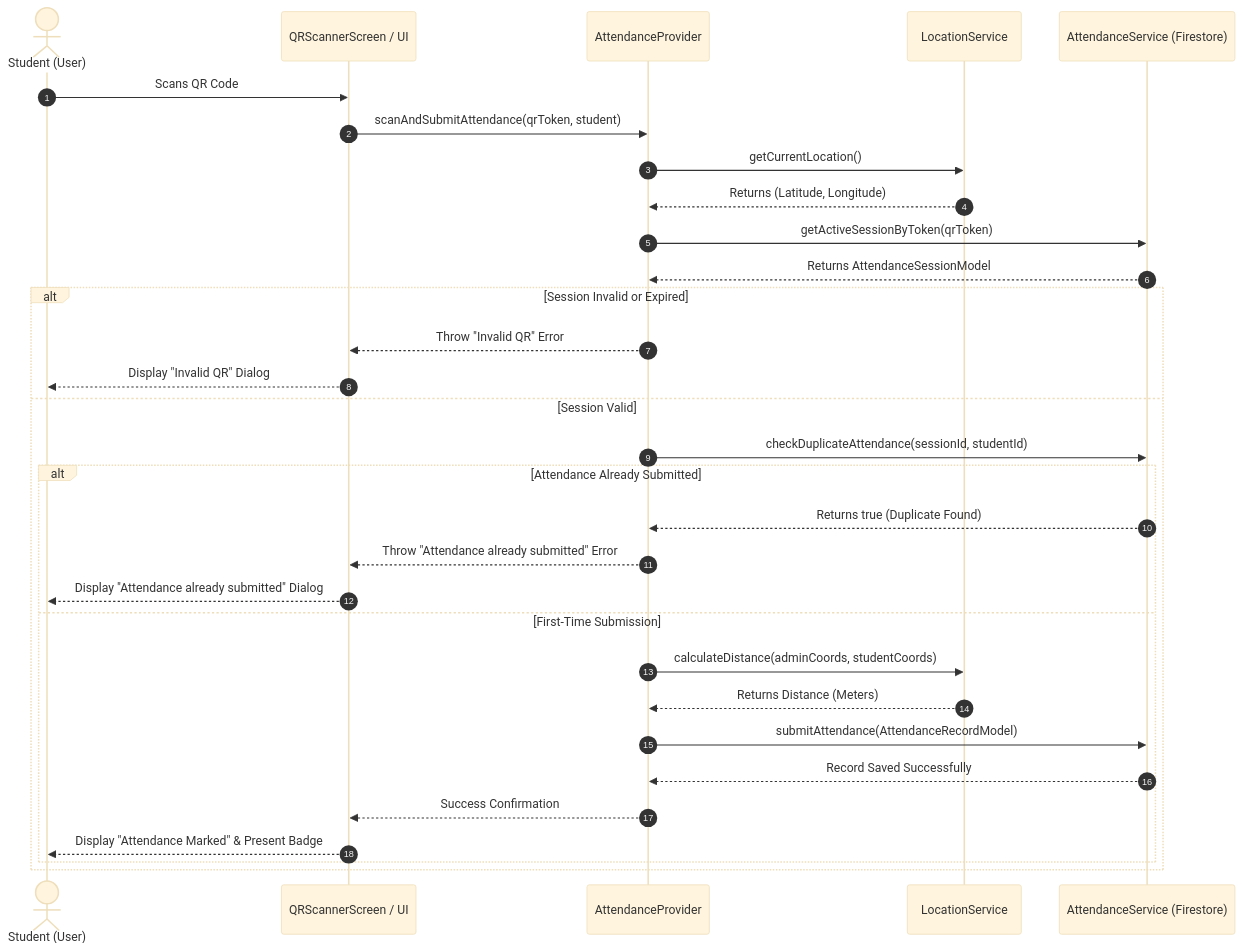
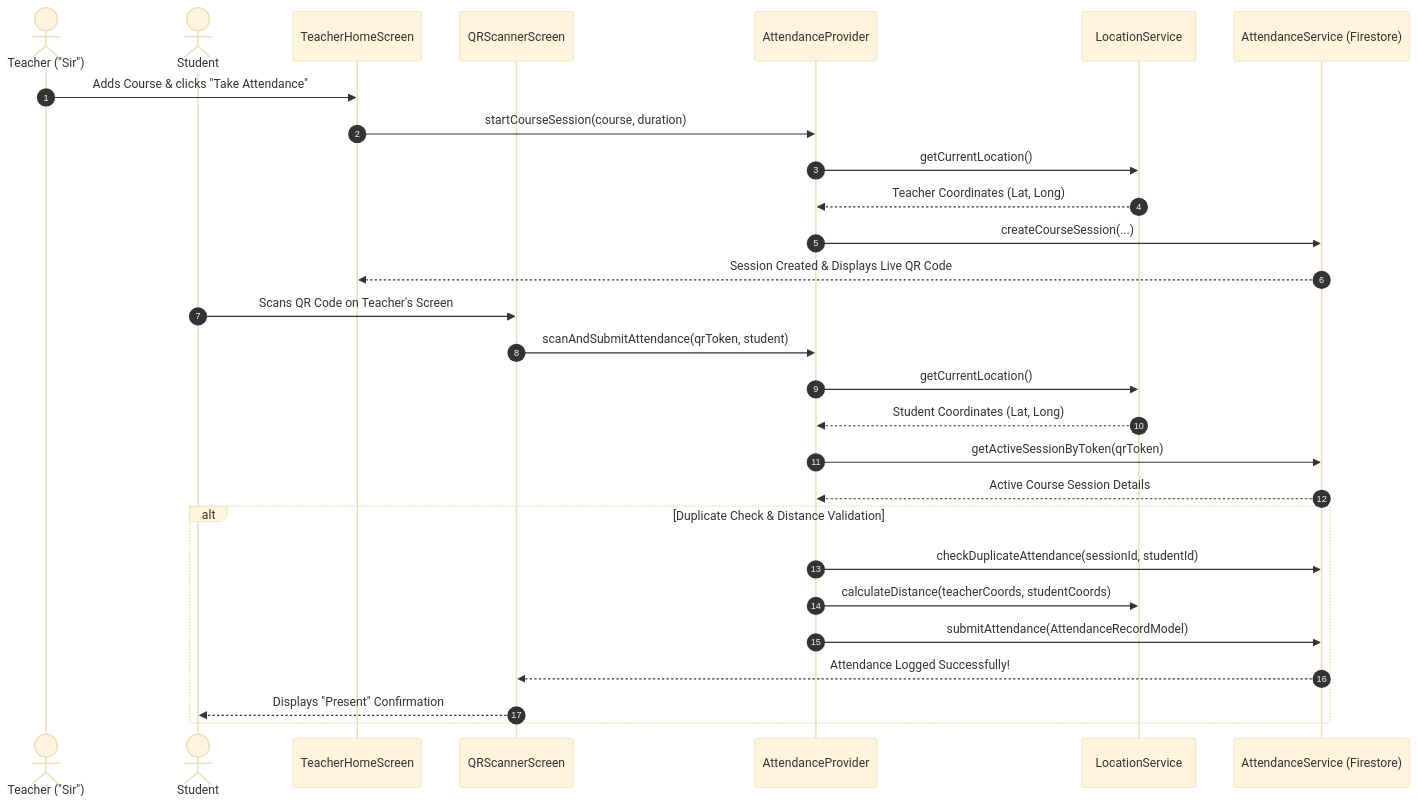
Before and after one commit to ahmadamin5112004-ship-it/attendance-system: the second of 3 diagrams in README.md, drawn with Mermaid (base theme). The commit also changed other lines of this file, not shown here.

Commit message:
Update README.md with Course Management, Teacher QR Generator, updated ER & UML diagrams

````diff
--- a/README.md
+++ b/README.md
@@ -78,35 +85,33 @@
 ```mermaid
 sequenceDiagram
     autonumber
-    actor Student as Student (User)
-    participant App as QRScannerScreen / UI
+    actor Sir as Teacher ("Sir")
+    actor Student as Student
+    participant TeacherUI as TeacherHomeScreen
+    participant StudentUI as QRScannerScreen
     participant Provider as AttendanceProvider
     participant Location as LocationService
     participant Backend as AttendanceService (Firestore)
 
-    Student->>App: Scans QR Code
-    App->>Provider: scanAndSubmitAttendance(qrToken, student)
+    Sir->>TeacherUI: Adds Course & clicks "Take Attendance"
+    TeacherUI->>Provider: startCourseSession(course, duration)
     Provider->>Location: getCurrentLocation()
-    Location-->>Provider: Returns (Latitude, Longitude)
+    Location-->>Provider: Teacher Coordinates (Lat, Long)
+    Provider->>Backend: createCourseSession(...)
+    Backend-->>TeacherUI: Session Created & Displays Live QR Code
+    
+    Student->>StudentUI: Scans QR Code on Teacher's Screen
+    StudentUI->>Provider: scanAndSubmitAttendance(qrToken, student)
+    Provider->>Location: getCurrentLocation()
+    Location-->>Provider: Student Coordinates (Lat, Long)
     Provider->>Backend: getActiveSessionByToken(qrToken)
-    Backend-->>Provider: Returns AttendanceSessionModel
+    Backend-->>Provider: Active Course Session Details
     
-    alt Session Invalid or Expired
-        Provider-->>App: Throw "Invalid QR" Error
-        App-->>Student: Display "Invalid QR" Dialog
-    else Session Valid
+    alt Duplicate Check & Distance Validation
         Provider->>Backend: checkDuplicateAttendance(sessionId, studentId)
-        alt Attendance Already Submitted
-            Backend-->>Provider: Returns true (Duplicate Found)
-            Provider-->>App: Throw "Attendance already submitted" Error
-            App-->>Student: Display "Attendance already submitted" Dialog
-        else First-Time Submission
-            Provider->>Location: calculateDistance(adminCoords, studentCoords)
-            Location-->>Provider: Returns Distance (Meters)
-            Provider->>Backend: submitAttendance(AttendanceRecordModel)
-            Backend-->>Provider: Record Saved Successfully
-            Provider-->>App: Success Confirmation
-            App-->>Student: Display "Attendance Marked" & Present Badge
-        end
+        Provider->>Location: calculateDistance(teacherCoords, studentCoords)
+        Provider->>Backend: submitAttendance(AttendanceRecordModel)
+        Backend-->>StudentUI: Attendance Logged Successfully!
+        StudentUI-->>Student: Displays "Present" Confirmation
     end
 ```
````
